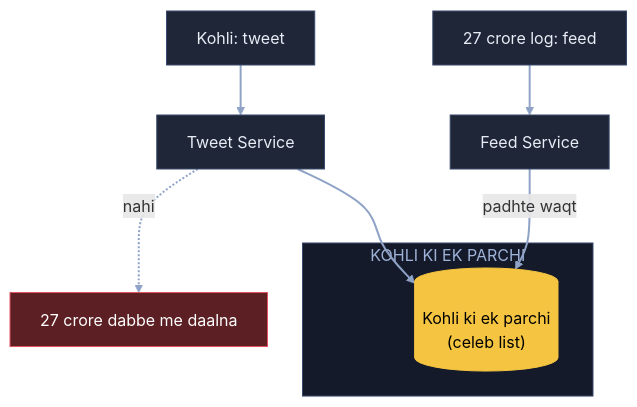
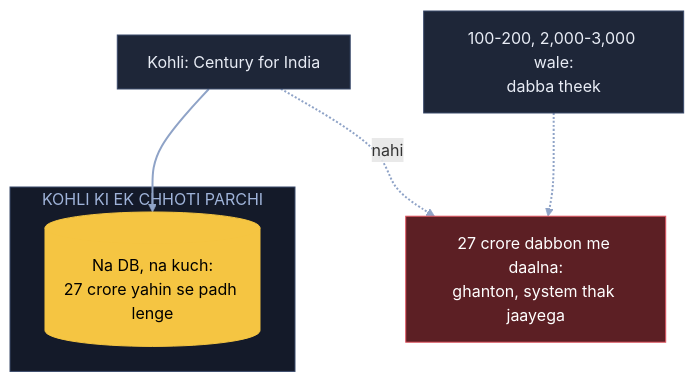
The second of 15 diagrams in 04_HLD/SYSTEM_DESIGNS/03_twitter_feed/03_twitter_feed.md (ArpanMaheshwari144/Prep), drawn with Mermaid before and after one commit. The commit also changed other lines of this file, not shown here.

Commit message:
Twitter: 15 diagram hand notes ke shabdon se, K1 heading + K9 line notes jaisi

````diff
--- a/04_HLD/SYSTEM_DESIGNS/03_twitter_feed/03_twitter_feed.md
+++ b/04_HLD/SYSTEM_DESIGNS/03_twitter_feed/03_twitter_feed.md
@@ -69,22 +67,18 @@
 ```mermaid
 flowchart TB
-    K["Kohli: tweet"]:::card
-    TS["Tweet Service"]:::card
-    X["27 crore dabbe me daalna"]:::bad
-    subgraph PC["KOHLI KI EK PARCHI"]
-        P[("Kohli ki ek parchi<br/>(celeb list)")]:::pill
+    K["Kohli: Century for India"]:::card
+    X["27 crore dabbon me daalna:<br/>ghanton, system thak jaayega"]:::bad
+    subgraph CP["KOHLI KI EK CHHOTI PARCHI"]
+        P[("Na DB, na kuch:<br/>27 crore yahin se padh lenge")]:::pill
     end
-    FS["Feed Service"]:::card
-    R["27 crore log: feed"]:::card
-    K --> TS
-    TS -. "nahi" .-> X
-    TS --> P
-    R --> FS
-    FS -- "padhte waqt" --> P
+    N["100-200, 2,000-3,000 wale:<br/>dabba theek"]:::card
+    K -. "nahi" .-> X
+    K --> P
+    N -.-> X
     linkStyle default stroke:#8fa3c7,stroke-width:2px
     classDef card fill:#1e2638,stroke:#3a4a6b,color:#e8ecf5
     classDef pill fill:#f5c542,stroke:#f5c542,color:#000
     classDef good fill:#2e7d4f,stroke:#3fbf6f,color:#fff
     classDef bad fill:#5c1f24,stroke:#e05561,color:#fff
-    style PC fill:#141a29,stroke:#3a4a6b,color:#9fb3d9
+    style CP fill:#141a29,stroke:#3a4a6b,color:#9fb3d9
 ```
````
